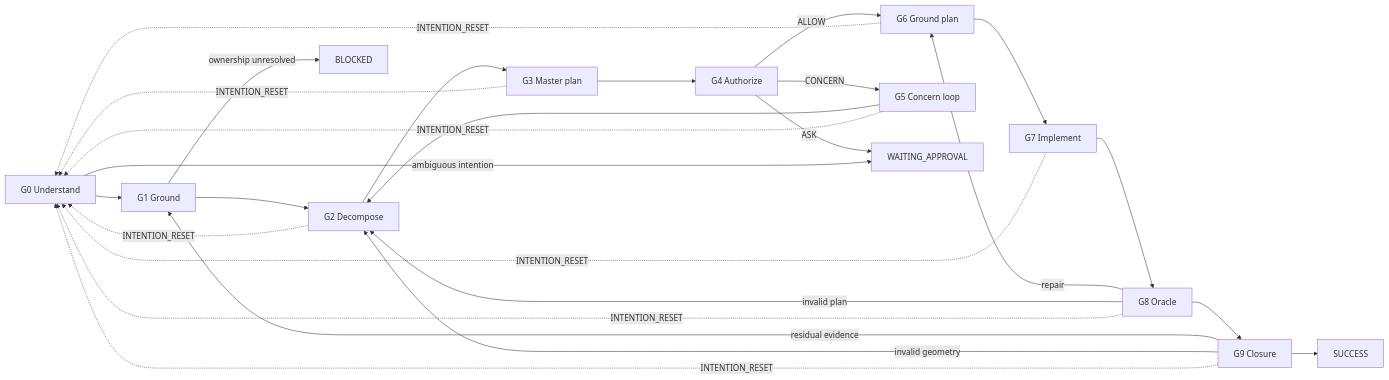
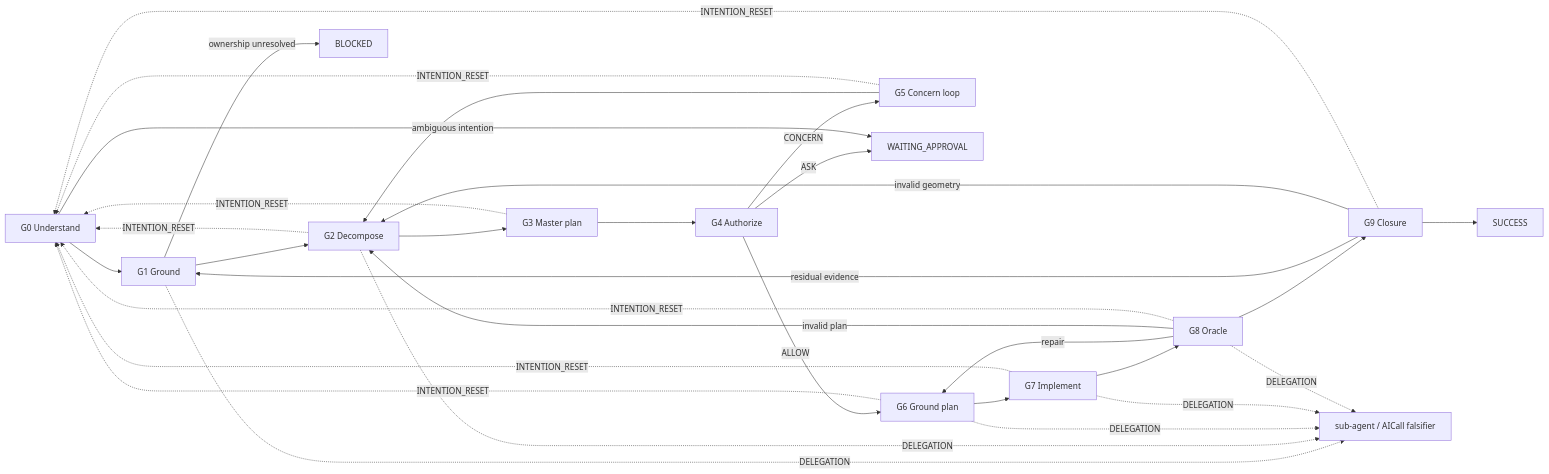
The diagram in prompt_kernel/README.md (AlHeloween/opencode), drawn with Mermaid before and after one commit. The commit also changed other lines of this file and 8 other files, not shown here.

First line of the commit message:
feat(prompt-kernel): DELEGATION protocol; TITLE_AGENT leaves the kernel

````diff
--- a/prompt_kernel/README.md
+++ b/prompt_kernel/README.md
@@ -5,14 +5,15 @@
 ```mermaid
 flowchart LR
     G0["G0 Understand"] --> G1["G1 Ground"] --> G2["G2 Decompose"] --> G3["G3 Master plan"] --> G4["G4 Authorize"]
     G4 -->|ALLOW| G6["G6 Ground plan"] --> G7["G7 Implement"] --> G8["G8 Oracle"] --> G9["G9 Closure"] --> SUCCESS
     G4 -->|CONCERN| G5["G5 Concern loop"] --> G2
     G4 -->|ASK| WAITING_APPROVAL
     G8 -->|repair| G6
     G8 -->|invalid plan| G2
     G9 -->|residual evidence| G1
     G9 -->|invalid geometry| G2
     G0 -->|ambiguous intention| WAITING_APPROVAL
     G1 -->|ownership unresolved| BLOCKED
     G2 & G3 & G5 & G6 & G7 & G8 & G9 -.->|INTENTION_RESET| G0
+    G1 & G2 & G6 & G7 & G8 -.->|DELEGATION| SUB["sub-agent / AICall falsifier"]
 ```
````
